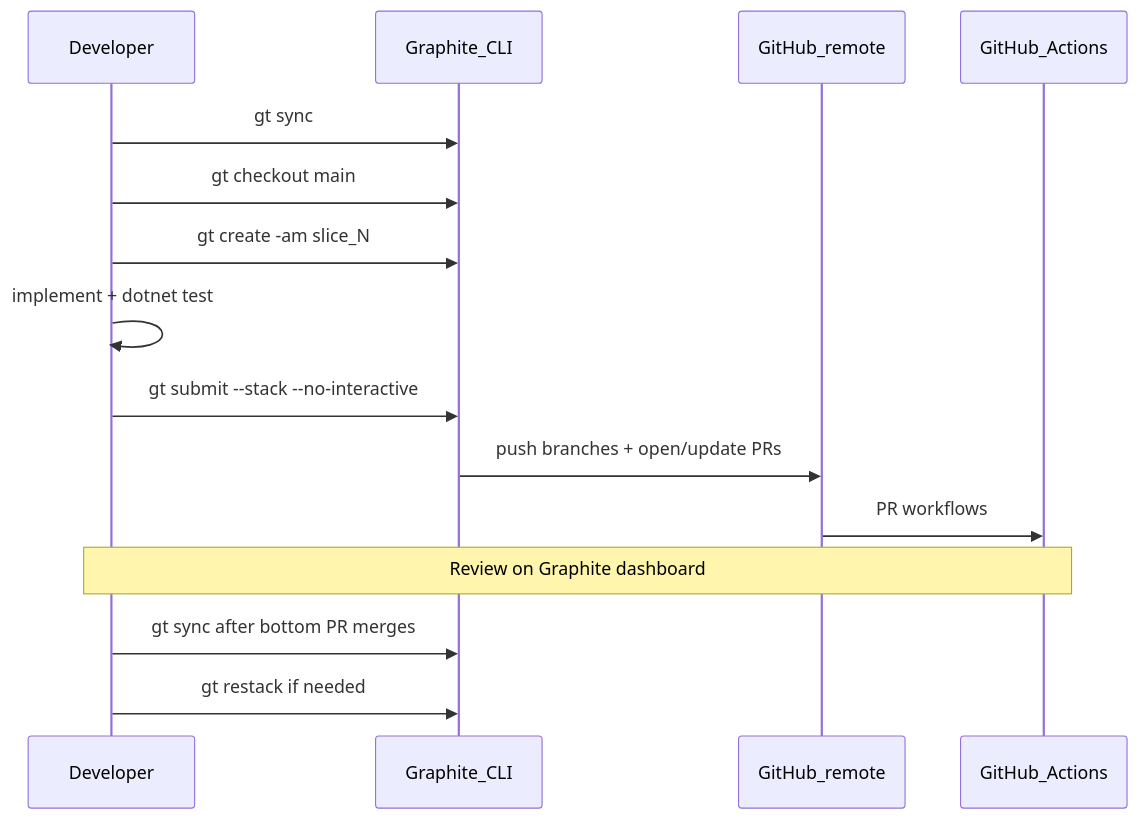
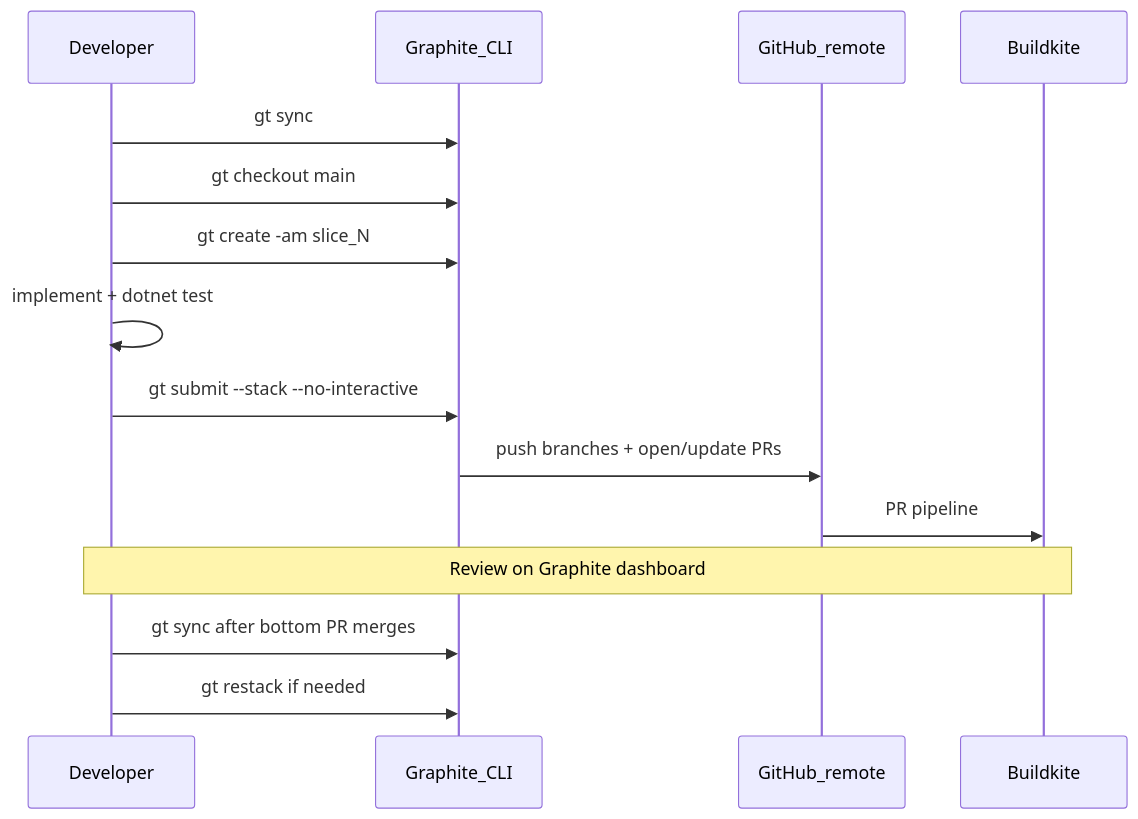
Before and after one commit to drgaciw/cmano-clone: the second of 2 diagrams in docs/engineering/graphite-github-substitute-plan.md, drawn with Mermaid. The commit also changed other lines of this file and 18 other files, not shown here.

First line of the commit message:
feat(ci): migrate blocking CI to Buildkite pipeline

````diff
--- a/docs/engineering/graphite-github-substitute-plan.md
+++ b/docs/engineering/graphite-github-substitute-plan.md
@@ -152,18 +156,18 @@
 ```mermaid
 sequenceDiagram
   participant Dev as Developer
   participant GT as Graphite_CLI
   participant GH as GitHub_remote
-  participant CI as GitHub_Actions
+  participant BK as Buildkite
 
   Dev->>GT: gt sync
   Dev->>GT: gt checkout main
   Dev->>GT: gt create -am slice_N
   Dev->>Dev: implement + dotnet test
   Dev->>GT: gt submit --stack --no-interactive
   GT->>GH: push branches + open/update PRs
-  GH->>CI: PR workflows
-  Note over Dev,CI: Review on Graphite dashboard
+  GH->>BK: PR pipeline
+  Note over Dev,BK: Review on Graphite dashboard
   Dev->>GT: gt sync after bottom PR merges
   Dev->>GT: gt restack if needed
 ```
````
